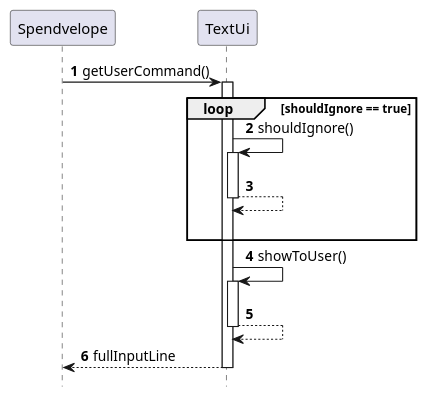
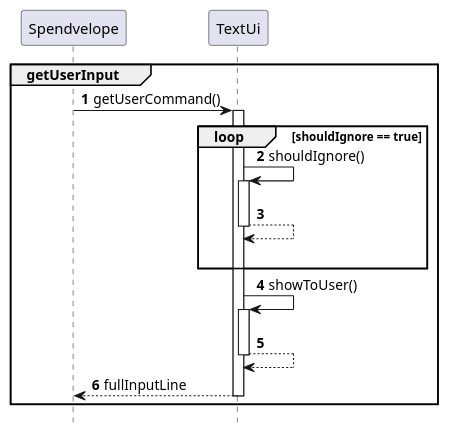
The diagram in docs/sequenceDiagrams/getUserInput.puml (nus-cs2113-AY2122S2/tp), drawn with PlantUML before and after one commit. The commit also changed 17 other files, not shown here.

Commit message:
add sequnce diagram to DG

```diff
--- a/docs/sequenceDiagrams/getUserInput.puml
+++ b/docs/sequenceDiagrams/getUserInput.puml
@@ -1,19 +1,20 @@
 @startuml
 'https://plantuml.com/sequence-diagram
 
 hide footbox
 autonumber
+group getUserInput
 autoactivate on
 
 Spendvelope -> TextUi: getUserCommand()
 loop shouldIgnore == true
     TextUi -> TextUi: shouldIgnore()
     TextUi --> TextUi
     |||
 end
 
 TextUi -> TextUi: showToUser()
 TextUi --> TextUi
 TextUi --> Spendvelope: fullInputLine
-
+end
 @enduml
```
